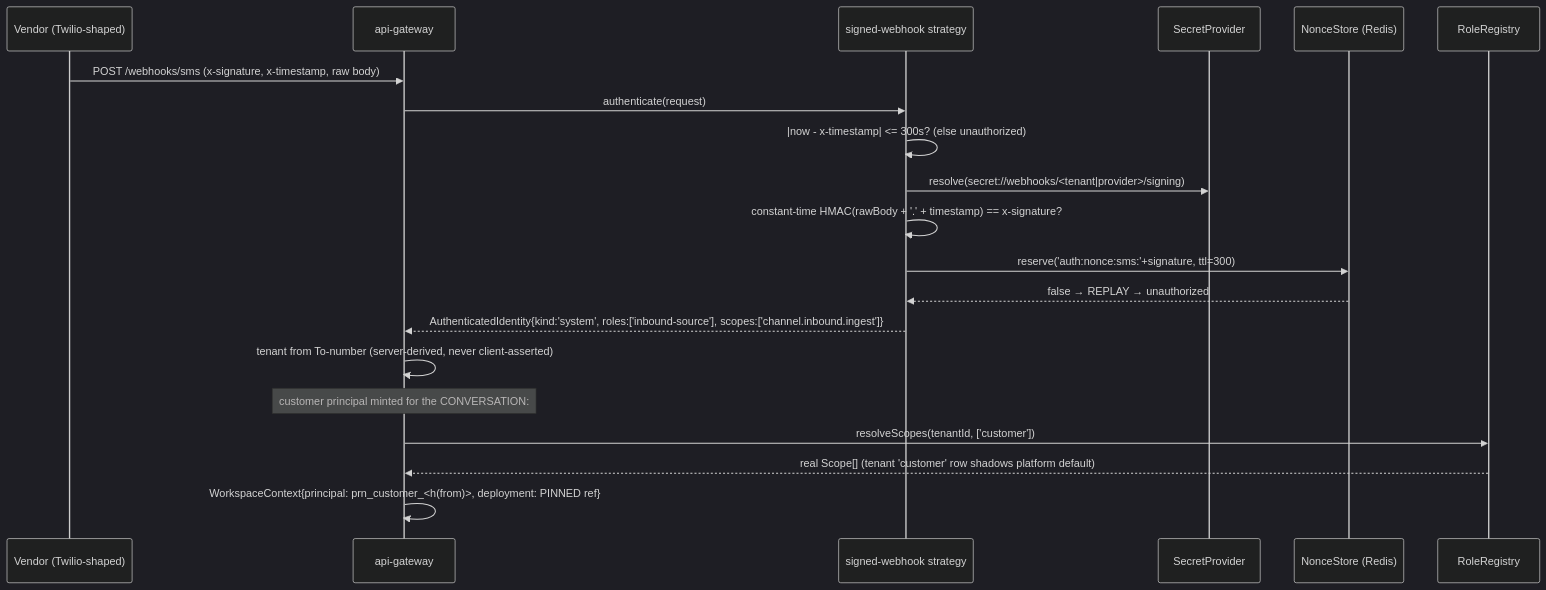
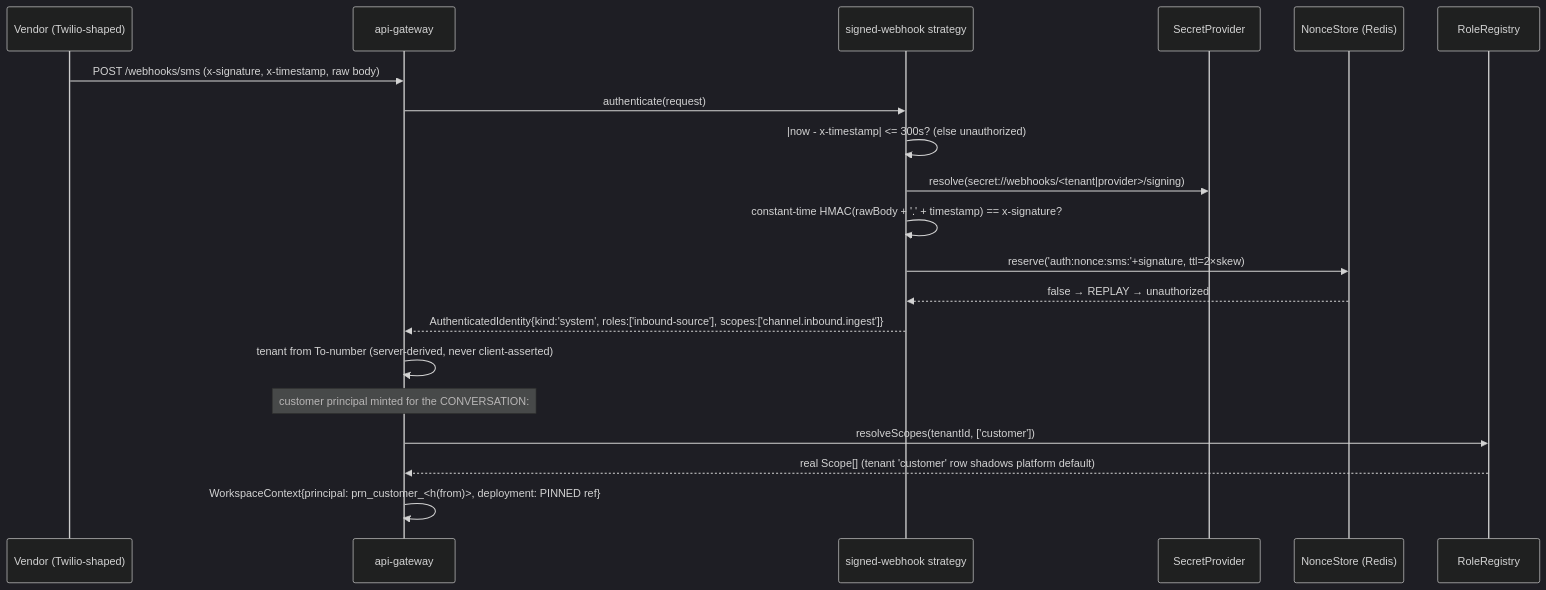
One commit to ebarahona/hermes-one changed the second of 2 diagrams in docs/design/001-edge-authn-design.md. Above: the diagram before and after it, drawn with Mermaid (dark theme). The commit also changed other lines of this file and 19 other files, not shown here.

````diff
--- a/docs/design/001-edge-authn-design.md
+++ b/docs/design/001-edge-authn-design.md
@@ -87,22 +93,22 @@
 ```mermaid
 sequenceDiagram
   participant P as Vendor (Twilio-shaped)
   participant GW as api-gateway
   participant WH as signed-webhook strategy
   participant SP as SecretProvider
   participant N as NonceStore (Redis)
   participant RR as RoleRegistry
   P->>GW: POST /webhooks/sms (x-signature, x-timestamp, raw body)
   GW->>WH: authenticate(request)
   WH->>WH: |now - x-timestamp| <= 300s? (else unauthorized)
   WH->>SP: resolve(secret://webhooks/<tenant|provider>/signing)
   WH->>WH: constant-time HMAC(rawBody + '.' + timestamp) == x-signature?
-  WH->>N: reserve('auth:nonce:sms:'+signature, ttl=300)
+  WH->>N: reserve('auth:nonce:sms:'+signature, ttl=2×skew)
   N-->>WH: false → REPLAY → unauthorized
   WH-->>GW: AuthenticatedIdentity{kind:'system', roles:['inbound-source'], scopes:['channel.inbound.ingest']}
   GW->>GW: tenant from To-number (server-derived, never client-asserted)
   Note over GW: customer principal minted for the CONVERSATION:
   GW->>RR: resolveScopes(tenantId, ['customer'])
   RR-->>GW: real Scope[] (tenant 'customer' row shadows platform default)
   GW->>GW: WorkspaceContext{principal: prn_customer_<h(from)>, deployment: PINNED ref}
 ```
````
